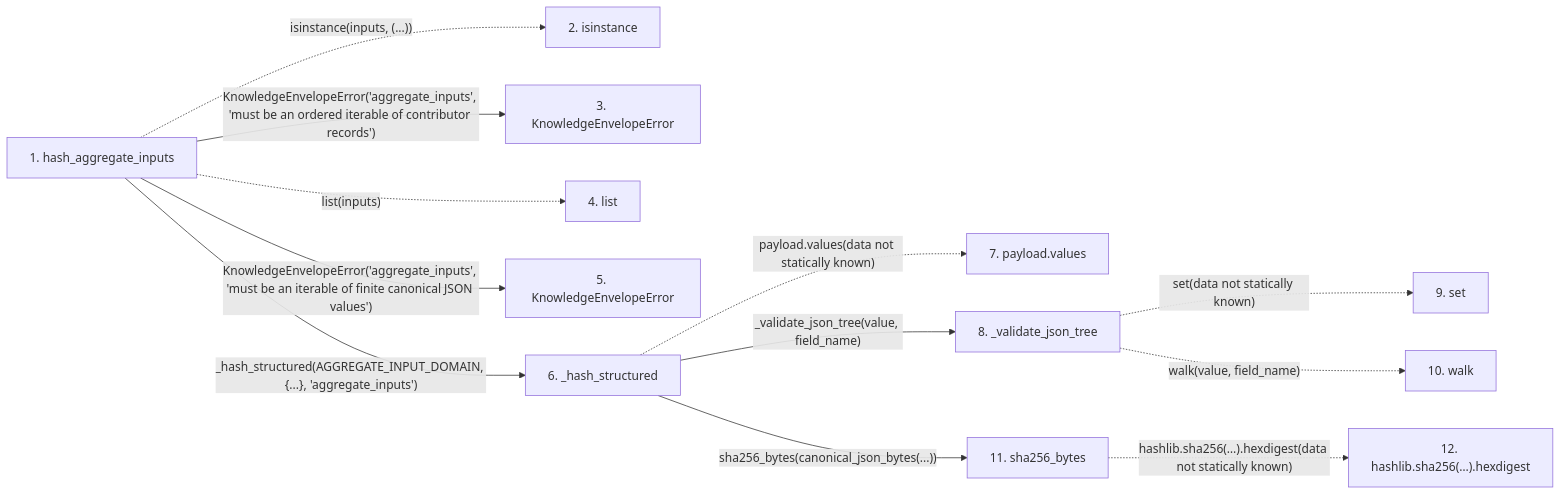
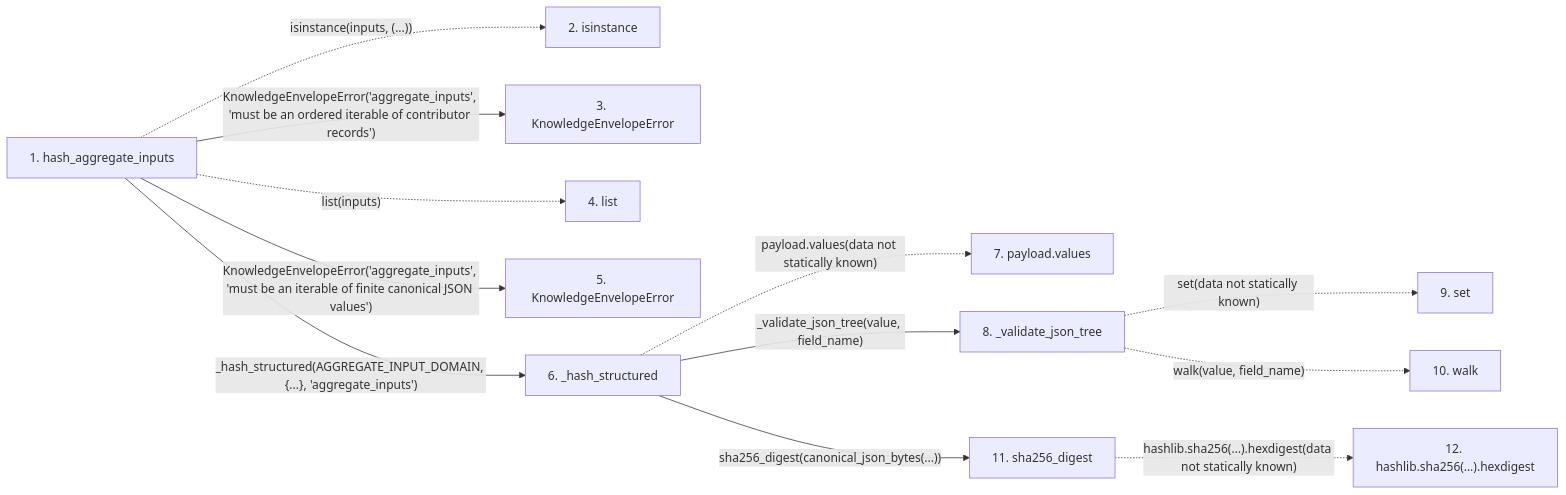
Before and after one commit to Denissvgn/python-wiki-llm: the second of 2 diagrams in docs/llm_wiki/flows/api-hash_aggregate_inputs.md, drawn with Mermaid. The commit also changed other lines of this file and 1555 other files, not shown here.

````diff
--- a/docs/llm_wiki/flows/api-hash_aggregate_inputs.md
+++ b/docs/llm_wiki/flows/api-hash_aggregate_inputs.md
@@ -84,32 +84,32 @@
 ```mermaid
 flowchart LR
     s1["1. hash_aggregate_inputs"]
     s2["2. isinstance"]
     s3["3. KnowledgeEnvelopeError"]
     s4["4. list"]
     s5["5. KnowledgeEnvelopeError"]
     s6["6. _hash_structured"]
     s7["7. payload.values"]
     s8["8. _validate_json_tree"]
     s9["9. set"]
     s10["10. walk"]
-    s11["11. sha256_bytes"]
+    s11["11. sha256_digest"]
     s12["12. hashlib.sha256(…).hexdigest"]
     s1 -. "isinstance(inputs, (...))" .-> s2
     s1 -->|"KnowledgeEnvelopeError('aggregate_inputs', 'must be an ordered iterable of contributor records')"| s3
     s1 -. "list(inputs)" .-> s4
     s1 -->|"KnowledgeEnvelopeError('aggregate_inputs', 'must be an iterable of finite canonical JSON values')"| s5
     s1 -->|"_hash_structured(AGGREGATE_INPUT_DOMAIN, {...}, 'aggregate_inputs')"| s6
     s6 -. "payload.values(data not statically known)" .-> s7
     s6 -->|"_validate_json_tree(value, field_name)"| s8
     s8 -. "set(data not statically known)" .-> s9
     s8 -. "walk(value, field_name)" .-> s10
-    s6 -->|"sha256_bytes(canonical_json_bytes(...))"| s11
+    s6 -->|"sha256_digest(canonical_json_bytes(...))"| s11
     s11 -. "hashlib.sha256(…).hexdigest(data not statically known)" .-> s12
     click s1 "../modules/knowledge_envelope.md"
     click s3 "../modules/knowledge_envelope.md"
     click s5 "../modules/knowledge_envelope.md"
     click s6 "../modules/knowledge_envelope.md"
     click s8 "../modules/knowledge_envelope.md"
-    click s11 "../modules/knowledge_evidence.md"
+    click s11 "../modules/canonical_json.md"
 ```
````
